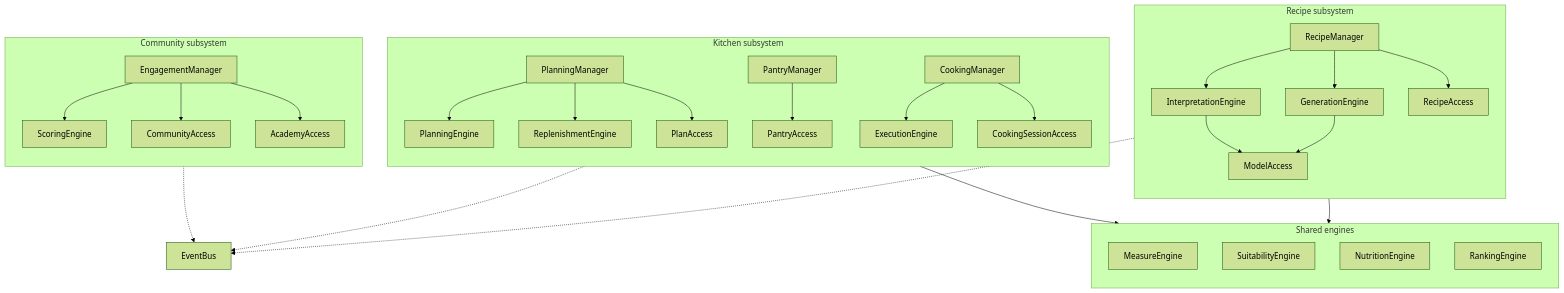
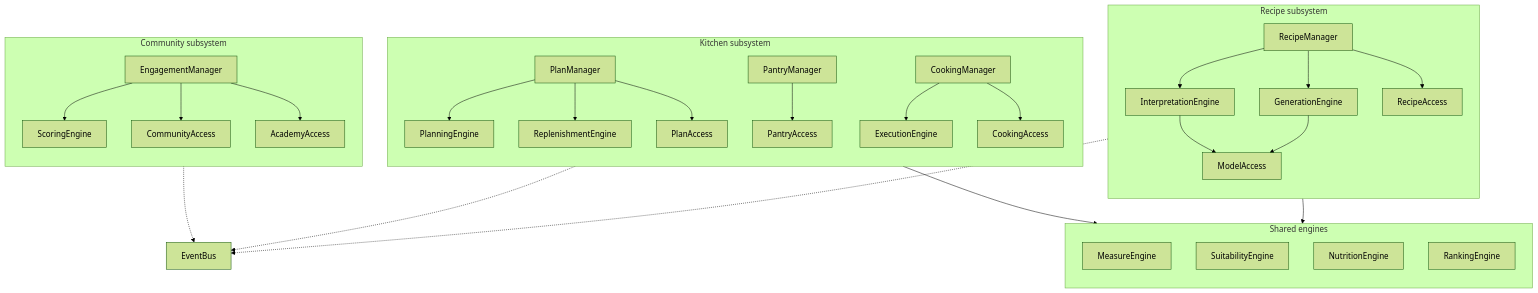
One commit to h3ll5ur7er/quookly changed the third of 3 diagrams in doc/04-architecture.md. Above: the diagram before and after it, drawn with Mermaid (forest theme). The commit also changed other lines of this file and 9 other files, not shown here.

````diff
--- a/doc/04-architecture.md
+++ b/doc/04-architecture.md
@@ -416,44 +441,44 @@
 ```mermaid
 flowchart TB
   subgraph S1["Recipe subsystem"]
     direction TB
     RM2["RecipeManager"] --> IE2["InterpretationEngine"]
     RM2 --> GE2["GenerationEngine"]
     RM2 --> RCA2["RecipeAccess"]
     IE2 --> MOD2["ModelAccess"]
     GE2 --> MOD2
   end
 
   subgraph S2["Kitchen subsystem"]
     direction TB
-    PLM2["PlanningManager"] --> PE2["PlanningEngine"]
+    PLM2["PlanManager"] --> PE2["PlanningEngine"]
     PLM2 --> RE2["ReplenishmentEngine"]
     PNM2["PantryManager"] --> PAN2["PantryAccess"]
     PLM2 --> PLA2["PlanAccess"]
     CKM2["CookingManager"] --> EXE2["ExecutionEngine"]
-    CKM2 --> SES2["CookingSessionAccess"]
+    CKM2 --> SES2["CookingAccess"]
   end
 
   subgraph S3["Community subsystem"]
     direction TB
     EGM2["EngagementManager"] --> SCE2["ScoringEngine"]
     EGM2 --> COM2["CommunityAccess"]
     EGM2 --> ACA2["AcademyAccess"]
   end
 
   subgraph SH["Shared engines"]
     direction TB
     ME2["MeasureEngine"]
     SE2["SuitabilityEngine"]
     NE2["NutritionEngine"]
     RKE2["RankingEngine"]
   end
 
   BUS2["EventBus"]
 
   S1 -.-> BUS2
   S2 -.-> BUS2
   S3 -.-> BUS2
   S1 --> SH
   S2 --> SH
 ```
````
